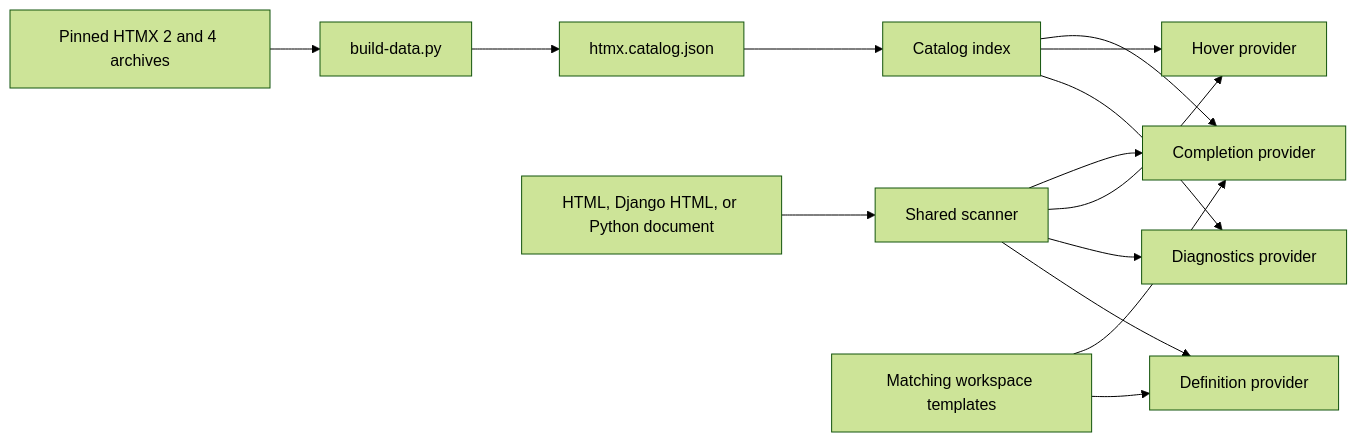
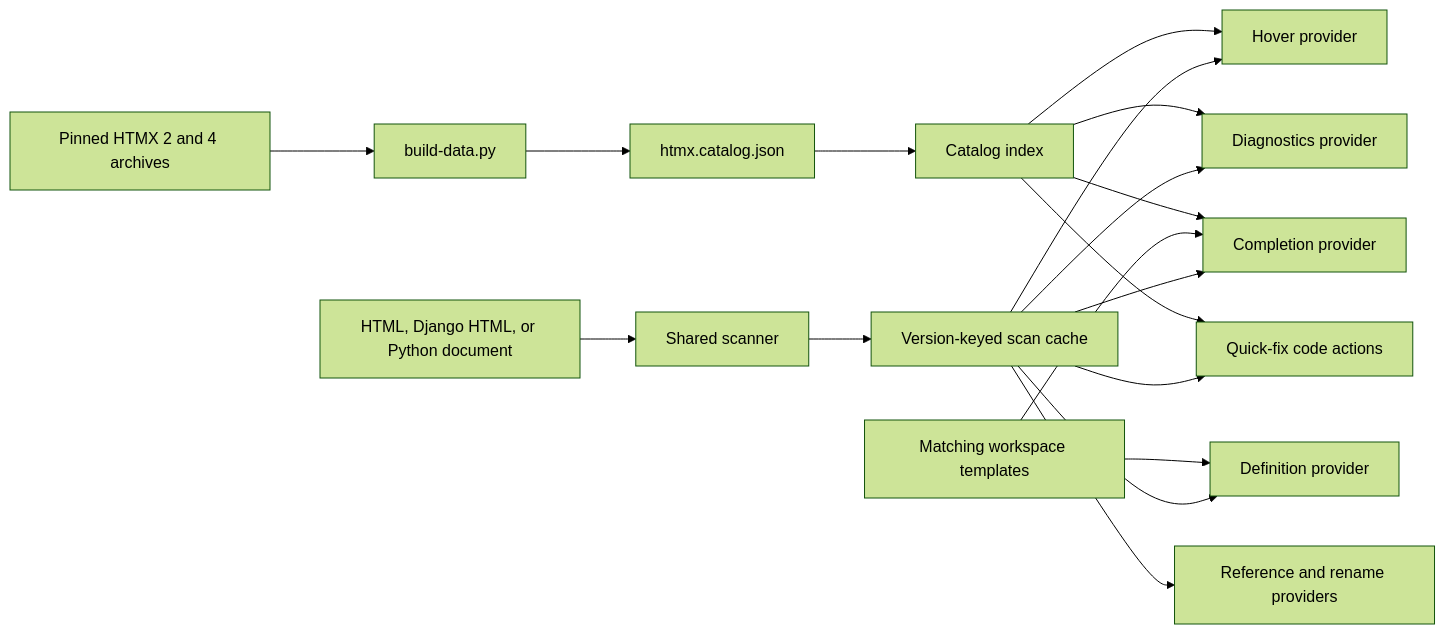
Before and after one commit to difegam/htmx-tags: the diagram in docs/explanation/architecture.md, drawn with Mermaid (forest theme). The commit also changed other lines of this file and 31 other files, not shown here.

First line of the commit message:
feat(diagnostics, extension, quickfixes, scanCache, scanner): enhance diagnostics and quick fixes for Django templates

````diff
--- a/docs/explanation/architecture.md
+++ b/docs/explanation/architecture.md
@@ -5,16 +5,20 @@
 ```mermaid
 flowchart LR
     Archives["Pinned HTMX 2 and 4 archives"] --> Generator["build-data.py"]
     Generator --> Catalog["htmx.catalog.json"]
     Catalog --> Runtime["Catalog index"]
     Source["HTML, Django HTML, or Python document"] --> Scanner["Shared scanner"]
-    Scanner --> Completion["Completion provider"]
-    Scanner --> Hover["Hover provider"]
-    Scanner --> Diagnostics["Diagnostics provider"]
-    Scanner --> Definition["Definition provider"]
+    Scanner --> Cache["Version-keyed scan cache"]
+    Cache --> Completion["Completion provider"]
+    Cache --> Hover["Hover provider"]
+    Cache --> Diagnostics["Diagnostics provider"]
+    Cache --> Definition["Definition provider"]
+    Cache --> CodeActions["Quick-fix code actions"]
+    Cache --> Rename["Reference and rename providers"]
     Workspace["Matching workspace templates"] --> Completion
     Workspace --> Definition
     Runtime --> Completion
     Runtime --> Hover
     Runtime --> Diagnostics
+    Runtime --> CodeActions
 ```
````
